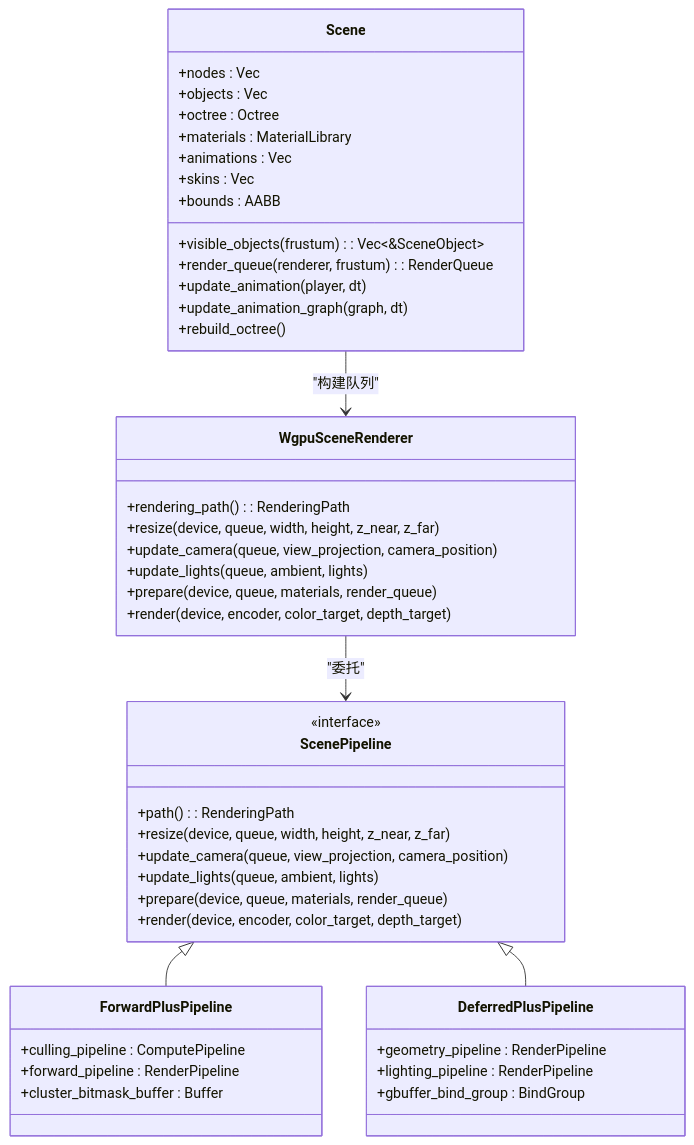
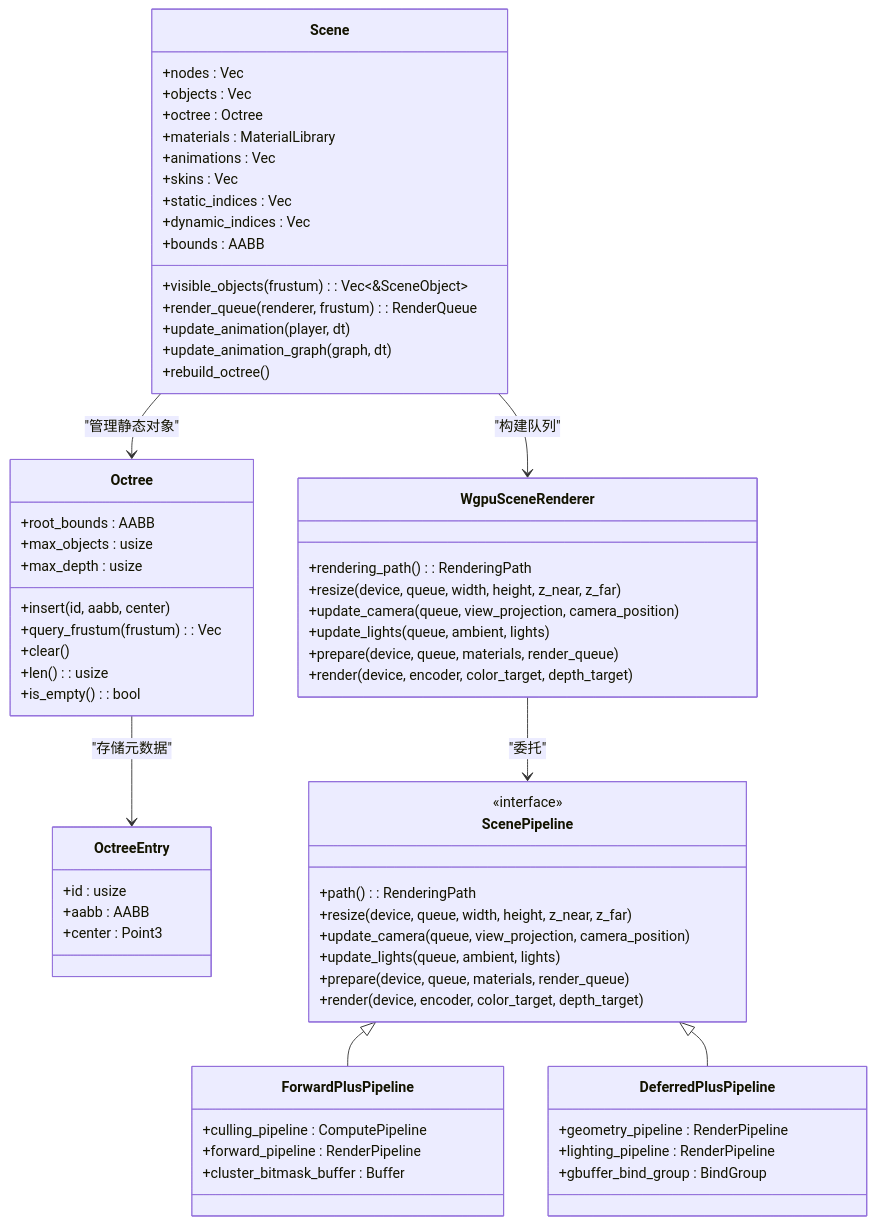
Before and after one commit to qianqians/geese: the third of 8 diagrams in .qoder/repowiki/zh/content/扩展开发.md, drawn with Mermaid. The commit also changed other lines of this file and 12 other files, not shown here.

````diff
--- a/.qoder/repowiki/zh/content/扩展开发.md
+++ b/.qoder/repowiki/zh/content/扩展开发.md
@@ -218,48 +236,67 @@
 ```mermaid
 classDiagram
 class Scene {
 +nodes : Vec<SceneNode>
 +objects : Vec<SceneObject>
 +octree : Octree
 +materials : MaterialLibrary
 +animations : Vec<AnimationClip>
 +skins : Vec<Skin>
++static_indices : Vec<usize>
++dynamic_indices : Vec<usize>
 +bounds : AABB
 +visible_objects(frustum) : Vec<&SceneObject>
 +render_queue(renderer, frustum) : RenderQueue
 +update_animation(player, dt)
 +update_animation_graph(graph, dt)
 +rebuild_octree()
+}
+class Octree {
++root_bounds : AABB
++max_objects : usize
++max_depth : usize
++insert(id, aabb, center)
++query_frustum(frustum) : Vec<usize>
++clear()
++len() : usize
++is_empty() : bool
+}
+class OctreeEntry {
++id : usize
++aabb : AABB
++center : Point3<f32>
 }
 class WgpuSceneRenderer {
 +rendering_path() : RenderingPath
 +resize(device, queue, width, height, z_near, z_far)
 +update_camera(queue, view_projection, camera_position)
 +update_lights(queue, ambient, lights)
 +prepare(device, queue, materials, render_queue)
 +render(device, encoder, color_target, depth_target)
 }
 class ScenePipeline {
 <<interface>>
 +path() : RenderingPath
 +resize(device, queue, width, height, z_near, z_far)
 +update_camera(queue, view_projection, camera_position)
 +update_lights(queue, ambient, lights)
 +prepare(device, queue, materials, render_queue)
 +render(device, encoder, color_target, depth_target)
 }
 class ForwardPlusPipeline {
 +culling_pipeline : ComputePipeline
 +forward_pipeline : RenderPipeline
 +cluster_bitmask_buffer : Buffer
 }
 class DeferredPlusPipeline {
 +geometry_pipeline : RenderPipeline
 +lighting_pipeline : RenderPipeline
 +gbuffer_bind_group : BindGroup
 }
+Scene --> Octree : "管理静态对象"
+Octree --> OctreeEntry : "存储元数据"
 Scene --> WgpuSceneRenderer : "构建队列"
 WgpuSceneRenderer --> ScenePipeline : "委托"
 ScenePipeline <|-- ForwardPlusPipeline
 ScenePipeline <|-- DeferredPlusPipeline
 ```
````
